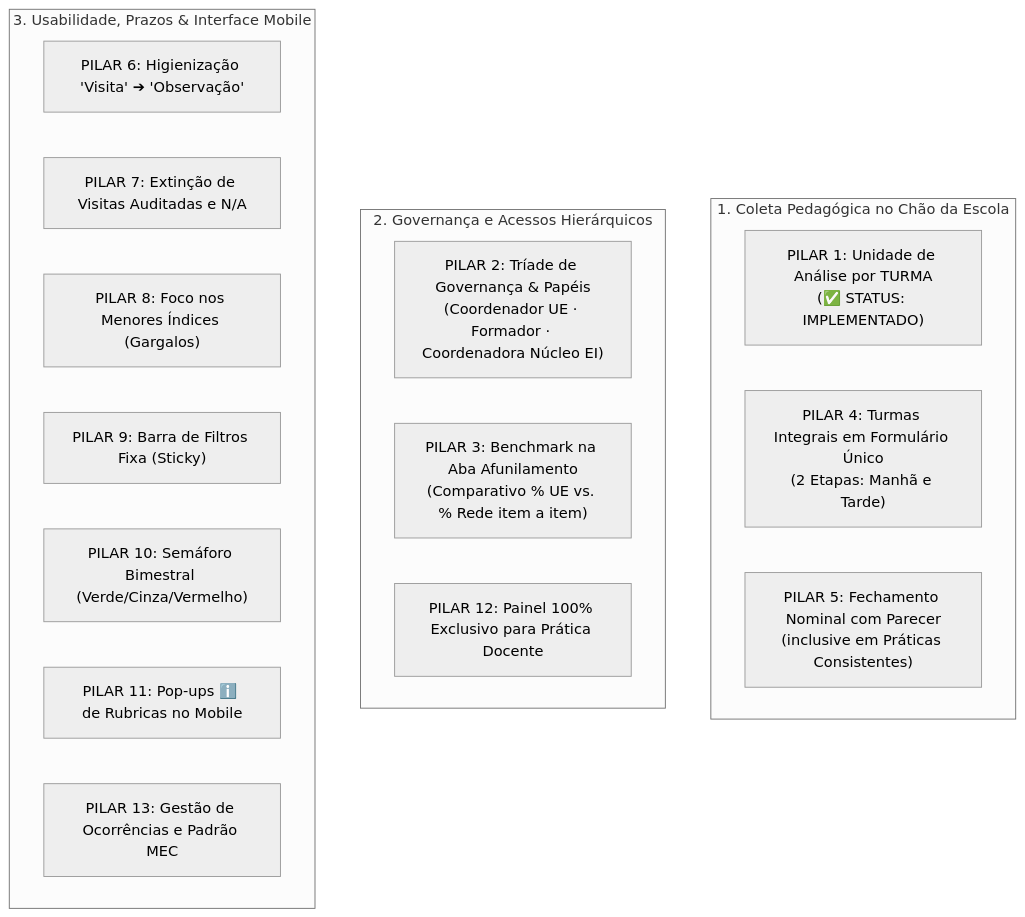
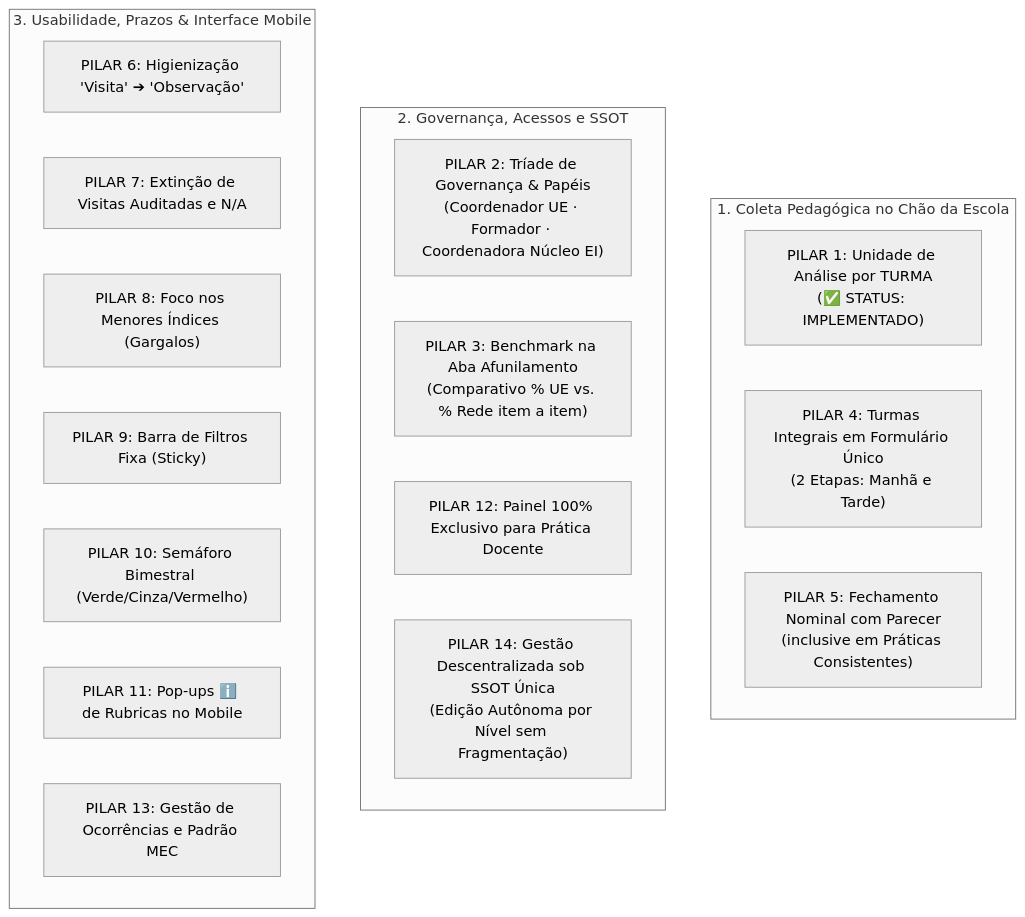
Before and after one commit to silvabrun0/supervisao-st-crianca: the first of 2 diagrams in docs/documento_insights_supervisao_pedagogica_20261020.md, drawn with Mermaid (neutral theme). The commit also changed other lines of this file and 5 other files, not shown here.

Commit message:
feat: implementar pilar 2 - triade de governanca em 3 niveis e nucleo de ei

````diff
--- a/docs/documento_insights_supervisao_pedagogica_20261020.md
+++ b/docs/documento_insights_supervisao_pedagogica_20261020.md
@@ -38,24 +44,25 @@
 ```mermaid
 flowchart TD
     subgraph StatusColeta["1. Coleta Pedagógica no Chão da Escola"]
         P1["PILAR 1: Unidade de Análise por TURMA\n(✅ STATUS: IMPLEMENTADO)"]
         P4["PILAR 4: Turmas Integrais em Formulário Único\n(2 Etapas: Manhã e Tarde)"]
         P5["PILAR 5: Fechamento Nominal com Parecer\n(inclusive em Práticas Consistentes)"]
     end
 
-    subgraph Governanca["2. Governança e Acessos Hierárquicos"]
+    subgraph Governanca["2. Governança, Acessos e SSOT"]
         P2["PILAR 2: Tríade de Governança & Papéis\n(Coordenador UE · Formador · Coordenadora Núcleo EI)"]
         P3["PILAR 3: Benchmark na Aba Afunilamento\n(Comparativo % UE vs. % Rede item a item)"]
         P12["PILAR 12: Painel 100% Exclusivo para Prática Docente"]
+        P14["PILAR 14: Gestão Descentralizada sob SSOT Única\n(Edição Autônoma por Nível sem Fragmentação)"]
     end
 
     subgraph Ergonomia["3. Usabilidade, Prazos & Interface Mobile"]
         P6["PILAR 6: Higienização 'Visita' ➔ 'Observação'"]
         P7["PILAR 7: Extinção de Visitas Auditadas e N/A"]
         P8["PILAR 8: Foco nos Menores Índices (Gargalos)"]
         P9["PILAR 9: Barra de Filtros Fixa (Sticky)"]
         P10["PILAR 10: Semáforo Bimestral (Verde/Cinza/Vermelho)"]
         P11["PILAR 11: Pop-ups ℹ️ de Rubricas no Mobile"]
         P13["PILAR 13: Gestão de Ocorrências e Padrão MEC"]
     end
 ```
````
